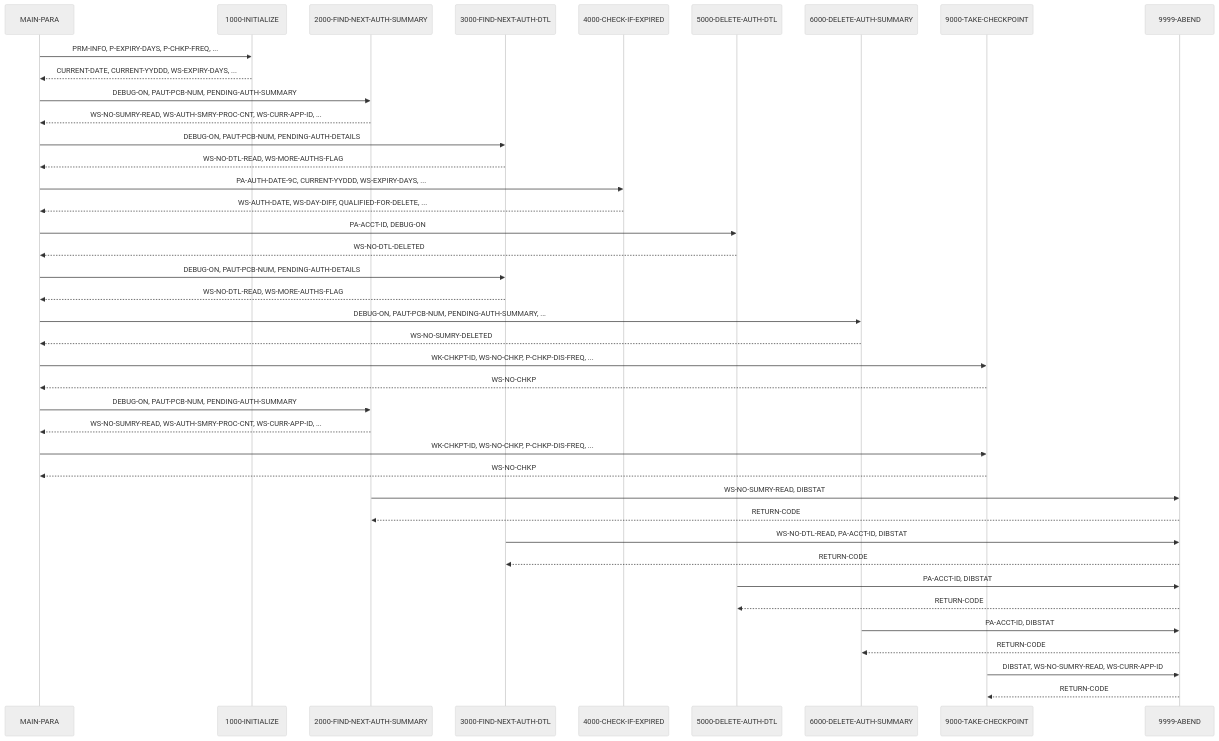
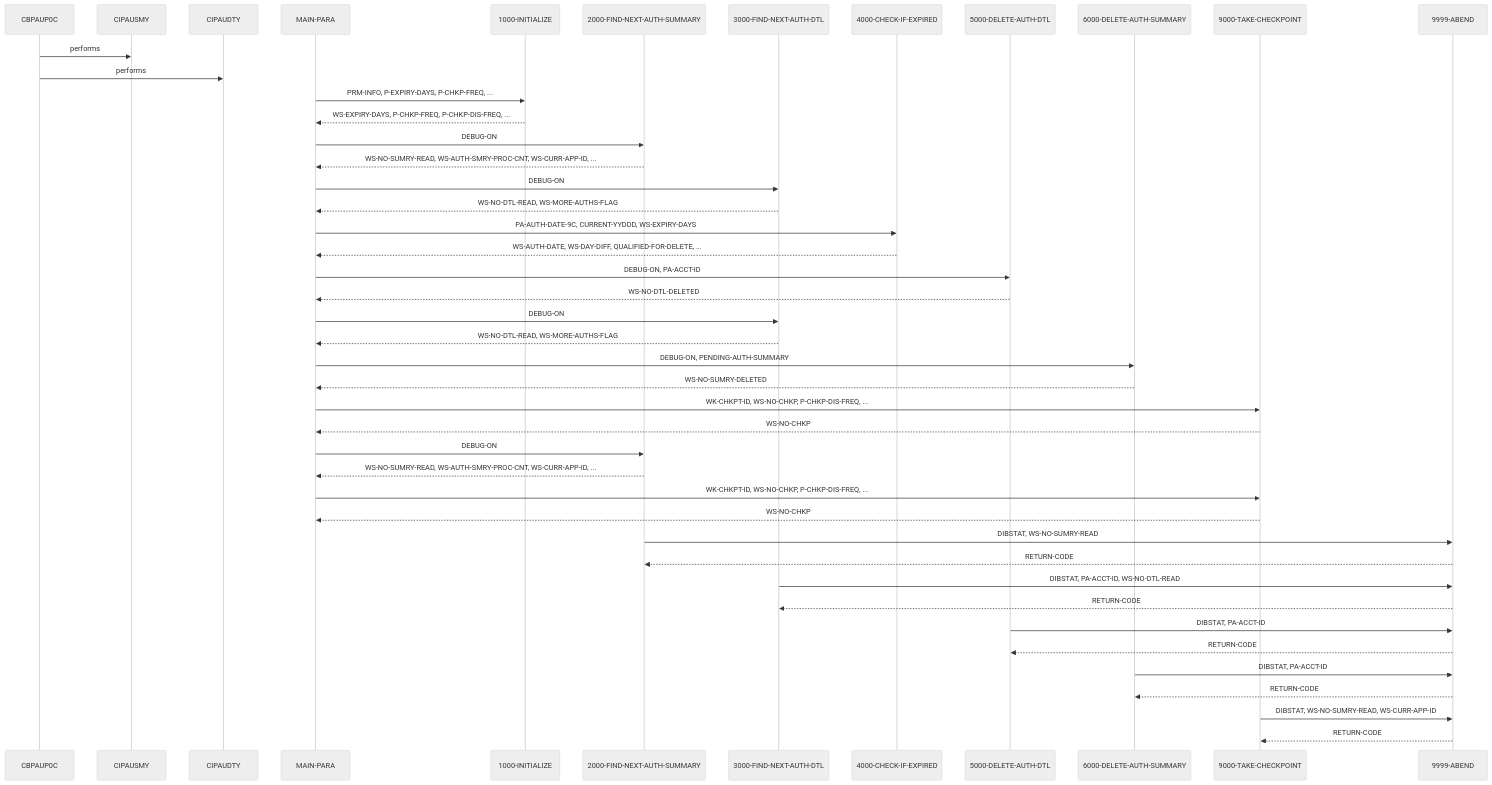
One commit to andrasfe/war_rig changed the second of 2 diagrams in example_output/cbl/CBPAUP0C.cbl.md. Above: the diagram before and after it, drawn with Mermaid (neutral theme). The commit also changed other lines of this file and 137 other files, not shown here.

Commit message:
added new examples with knowledge graph implemented

````diff
--- a/example_output/cbl/CBPAUP0C.cbl.md
+++ b/example_output/cbl/CBPAUP0C.cbl.md
@@ -106,33 +151,35 @@
 ```mermaid
 sequenceDiagram
+    CBPAUP0C->>CIPAUSMY: performs
+    CBPAUP0C->>CIPAUDTY: performs
     MAIN-PARA->>1000-INITIALIZE: PRM-INFO, P-EXPIRY-DAYS, P-CHKP-FREQ, ...
-    1000-INITIALIZE-->>MAIN-PARA: CURRENT-DATE, CURRENT-YYDDD, WS-EXPIRY-DAYS, ...
-    MAIN-PARA->>2000-FIND-NEXT-AUTH-SUMMARY: DEBUG-ON, PAUT-PCB-NUM, PENDING-AUTH-SUMMARY
+    1000-INITIALIZE-->>MAIN-PARA: WS-EXPIRY-DAYS, P-CHKP-FREQ, P-CHKP-DIS-FREQ, ...
+    MAIN-PARA->>2000-FIND-NEXT-AUTH-SUMMARY: DEBUG-ON
     2000-FIND-NEXT-AUTH-SUMMARY-->>MAIN-PARA: WS-NO-SUMRY-READ, WS-AUTH-SMRY-PROC-CNT, WS-CURR-APP-ID, ...
-    MAIN-PARA->>3000-FIND-NEXT-AUTH-DTL: DEBUG-ON, PAUT-PCB-NUM, PENDING-AUTH-DETAILS
+    MAIN-PARA->>3000-FIND-NEXT-AUTH-DTL: DEBUG-ON
     3000-FIND-NEXT-AUTH-DTL-->>MAIN-PARA: WS-NO-DTL-READ, WS-MORE-AUTHS-FLAG
-    MAIN-PARA->>4000-CHECK-IF-EXPIRED: PA-AUTH-DATE-9C, CURRENT-YYDDD, WS-EXPIRY-DAYS, ...
+    MAIN-PARA->>4000-CHECK-IF-EXPIRED: PA-AUTH-DATE-9C, CURRENT-YYDDD, WS-EXPIRY-DAYS
     4000-CHECK-IF-EXPIRED-->>MAIN-PARA: WS-AUTH-DATE, WS-DAY-DIFF, QUALIFIED-FOR-DELETE, ...
-    MAIN-PARA->>5000-DELETE-AUTH-DTL: PA-ACCT-ID, DEBUG-ON
+    MAIN-PARA->>5000-DELETE-AUTH-DTL: DEBUG-ON, PA-ACCT-ID
     5000-DELETE-AUTH-DTL-->>MAIN-PARA: WS-NO-DTL-DELETED
-    MAIN-PARA->>3000-FIND-NEXT-AUTH-DTL: DEBUG-ON, PAUT-PCB-NUM, PENDING-AUTH-DETAILS
+    MAIN-PARA->>3000-FIND-NEXT-AUTH-DTL: DEBUG-ON
     3000-FIND-NEXT-AUTH-DTL-->>MAIN-PARA: WS-NO-DTL-READ, WS-MORE-AUTHS-FLAG
-    MAIN-PARA->>6000-DELETE-AUTH-SUMMARY: DEBUG-ON, PAUT-PCB-NUM, PENDING-AUTH-SUMMARY, ...
+    MAIN-PARA->>6000-DELETE-AUTH-SUMMARY: DEBUG-ON, PENDING-AUTH-SUMMARY
     6000-DELETE-AUTH-SUMMARY-->>MAIN-PARA: WS-NO-SUMRY-DELETED
     MAIN-PARA->>9000-TAKE-CHECKPOINT: WK-CHKPT-ID, WS-NO-CHKP, P-CHKP-DIS-FREQ, ...
     9000-TAKE-CHECKPOINT-->>MAIN-PARA: WS-NO-CHKP
-    MAIN-PARA->>2000-FIND-NEXT-AUTH-SUMMARY: DEBUG-ON, PAUT-PCB-NUM, PENDING-AUTH-SUMMARY
+    MAIN-PARA->>2000-FIND-NEXT-AUTH-SUMMARY: DEBUG-ON
     2000-FIND-NEXT-AUTH-SUMMARY-->>MAIN-PARA: WS-NO-SUMRY-READ, WS-AUTH-SMRY-PROC-CNT, WS-CURR-APP-ID, ...
     MAIN-PARA->>9000-TAKE-CHECKPOINT: WK-CHKPT-ID, WS-NO-CHKP, P-CHKP-DIS-FREQ, ...
     9000-TAKE-CHECKPOINT-->>MAIN-PARA: WS-NO-CHKP
-    2000-FIND-NEXT-AUTH-SUMMARY->>9999-ABEND: WS-NO-SUMRY-READ, DIBSTAT
+    2000-FIND-NEXT-AUTH-SUMMARY->>9999-ABEND: DIBSTAT, WS-NO-SUMRY-READ
     9999-ABEND-->>2000-FIND-NEXT-AUTH-SUMMARY: RETURN-CODE
-    3000-FIND-NEXT-AUTH-DTL->>9999-ABEND: WS-NO-DTL-READ, PA-ACCT-ID, DIBSTAT
+    3000-FIND-NEXT-AUTH-DTL->>9999-ABEND: DIBSTAT, PA-ACCT-ID, WS-NO-DTL-READ
     9999-ABEND-->>3000-FIND-NEXT-AUTH-DTL: RETURN-CODE
-    5000-DELETE-AUTH-DTL->>9999-ABEND: PA-ACCT-ID, DIBSTAT
+    5000-DELETE-AUTH-DTL->>9999-ABEND: DIBSTAT, PA-ACCT-ID
     9999-ABEND-->>5000-DELETE-AUTH-DTL: RETURN-CODE
-    6000-DELETE-AUTH-SUMMARY->>9999-ABEND: PA-ACCT-ID, DIBSTAT
+    6000-DELETE-AUTH-SUMMARY->>9999-ABEND: DIBSTAT, PA-ACCT-ID
     9999-ABEND-->>6000-DELETE-AUTH-SUMMARY: RETURN-CODE
     9000-TAKE-CHECKPOINT->>9999-ABEND: DIBSTAT, WS-NO-SUMRY-READ, WS-CURR-APP-ID
     9999-ABEND-->>9000-TAKE-CHECKPOINT: RETURN-CODE
 ```
````
